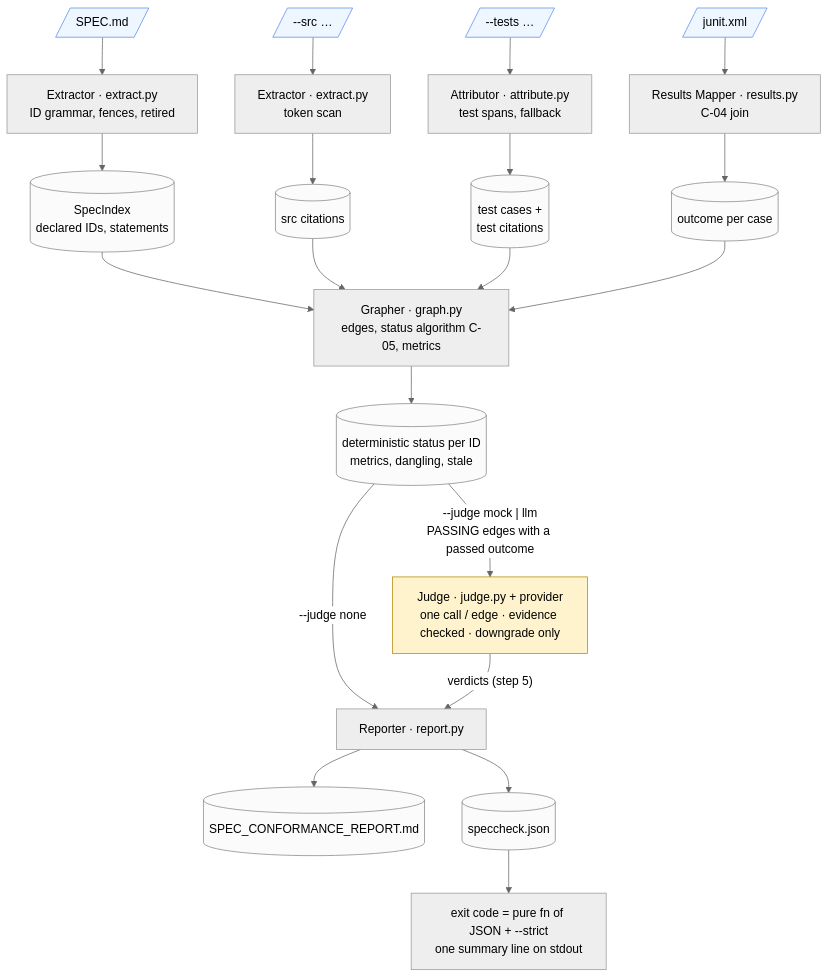
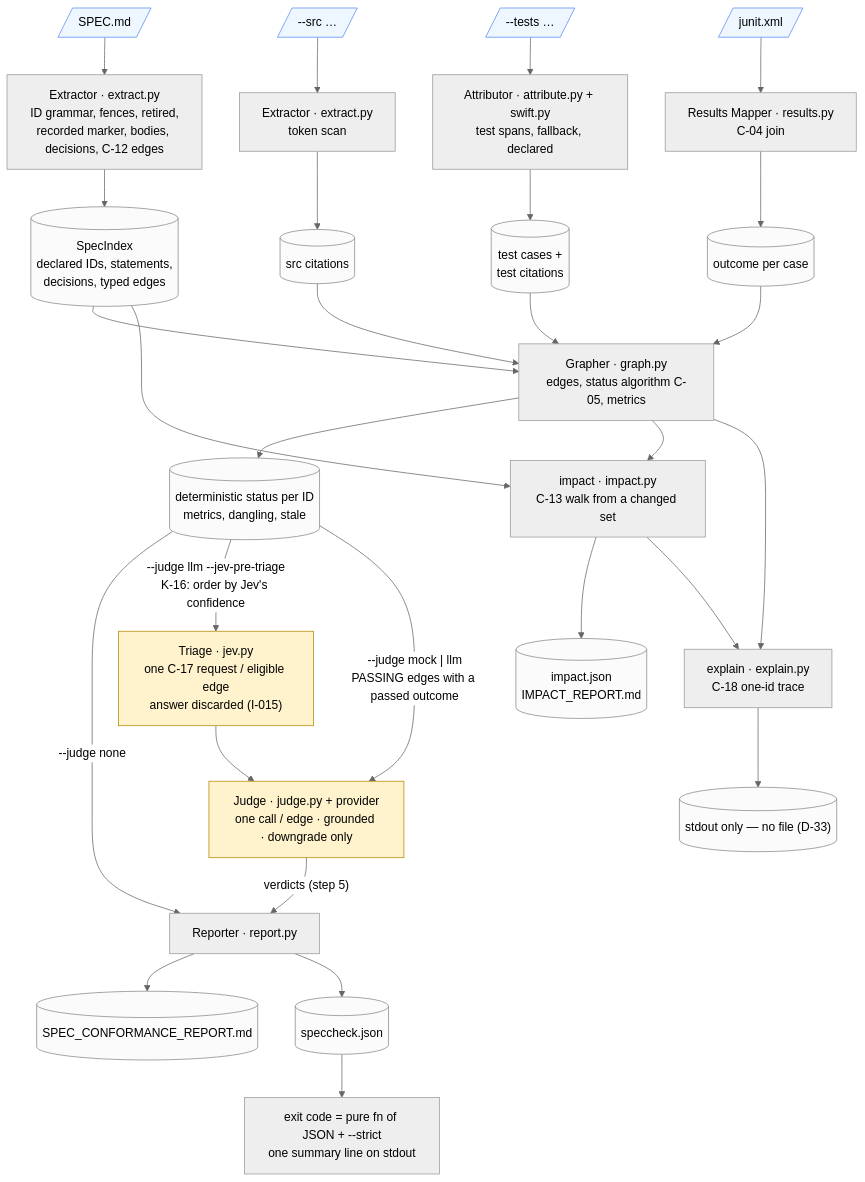
The third of 12 diagrams in ARCHITECTURE.md (rioffe/speccheck), drawn with Mermaid (neutral theme) before and after one commit. The commit also changed other lines of this file and 3 other files, not shown here.

First line of the commit message:
docs(architecture): rewrite ARCHITECTURE.md to the v1.18 build, and fix two defects the render showed (F-5)

````diff
--- a/ARCHITECTURE.md
+++ b/ARCHITECTURE.md
@@ -94,25 +127,31 @@
 ```mermaid
 flowchart TB
-    SPEC[/"SPEC.md"/] --> EX1["Extractor · extract.py<br/>ID grammar, fences, retired"]
-    EX1 --> IDX[("SpecIndex<br/>declared IDs, statements")]
+    SPEC[/"SPEC.md"/] --> EX1["Extractor · extract.py<br/>ID grammar, fences, retired,<br/>recorded marker, bodies, decisions, C-12 edges"]
+    EX1 --> IDX[("SpecIndex<br/>declared IDs, statements,<br/>decisions, typed edges")]
     SRC[/"--src …"/] --> EX2["Extractor · extract.py<br/>token scan"]
     EX2 --> SC[("src citations")]
-    TST[/"--tests …"/] --> AT["Attributor · attribute.py<br/>test spans, fallback"]
+    TST[/"--tests …"/] --> AT["Attributor · attribute.py + swift.py<br/>test spans, fallback, declared"]
     AT --> TC[("test cases +<br/>test citations")]
     JX[/"junit.xml"/] --> RM["Results Mapper · results.py<br/>C-04 join"]
     RM --> OC[("outcome per case")]
     IDX & SC & TC & OC --> GR["Grapher · graph.py<br/>edges, status algorithm C-05, metrics"]
     GR --> DET[("deterministic status per ID<br/>metrics, dangling, stale")]
     DET -->|"--judge none"| REP
-    DET -->|"--judge mock | llm<br/>PASSING edges with a passed outcome"| JU["Judge · judge.py + provider<br/>one call / edge · evidence checked · downgrade only"]
+    DET -->|"--judge llm --jev-pre-triage<br/>K-16: order by Jev's confidence"| TRI["Triage · jev.py<br/>one C-17 request / eligible edge<br/>answer discarded (I-015)"]
+    TRI --> JU
+    DET -->|"--judge mock | llm<br/>PASSING edges with a passed outcome"| JU["Judge · judge.py + provider<br/>one call / edge · grounded · downgrade only"]
     JU -->|"verdicts (step 5)"| REP["Reporter · report.py"]
     REP --> MD[("SPEC_CONFORMANCE_REPORT.md")]
     REP --> JS[("speccheck.json")]
+    IDX & GR --> IMP["impact · impact.py<br/>C-13 walk from a changed set"]
+    IMP --> IMPF[("impact.json<br/>IMPACT_REPORT.md")]
+    GR & IMP --> EXP["explain · explain.py<br/>C-18 one-id trace"]
+    EXP --> STDOUT[("stdout only — no file (D-33)")]
     JS --> EXIT["exit code = pure fn of JSON + --strict<br/>one summary line on stdout"]
     classDef input fill:#eef6ff,stroke:#5b8def
     classDef artifact fill:#fbfbfb,stroke:#888
     classDef judge fill:#fff3cd,stroke:#b58900
     class SPEC,SRC,TST,JX input
-    class IDX,SC,TC,OC,DET,MD,JS artifact
-    class JU judge
+    class IDX,SC,TC,OC,DET,MD,JS,IMPF,STDOUT artifact
+    class JU,TRI judge
 ```
````
